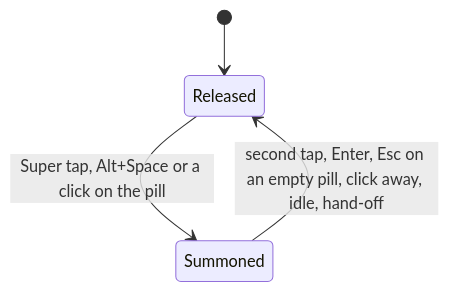
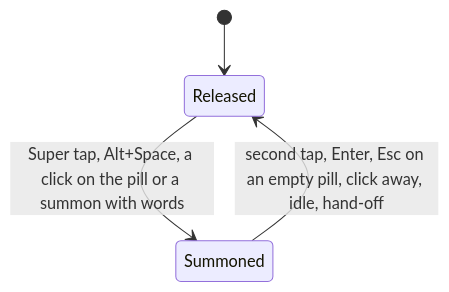
Before and after one commit to thedefaultman/Bombadil: the second of 3 diagrams in docs/architecture/shell.md, drawn with Mermaid. The commit also changed other lines of this file and 26 other files, not shown here.

First line of the commit message:
docs: work in progress on architecture pages, decision log, reference, security model, UX flows, forking guide

````diff
--- a/docs/architecture/shell.md
+++ b/docs/architecture/shell.md
@@ -79,6 +76,6 @@
 ```mermaid
 stateDiagram-v2
     [*] --> Released
-    Released --> Summoned : Super tap, Alt+Space or a click on the pill
+    Released --> Summoned : Super tap, Alt+Space, a click on the pill or a summon with words
     Summoned --> Released : second tap, Enter, Esc on an empty pill, click away, idle, hand-off
 ```
````
